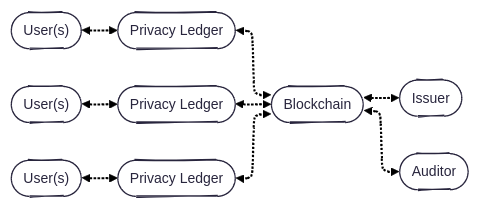
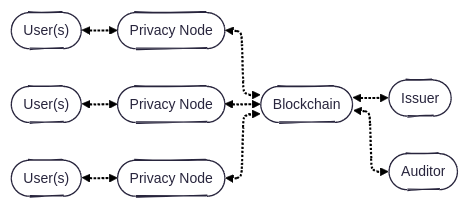
Before and after one commit to raylsnetwork/Enygma: the first of 7 diagrams in enygma_payments/README.md, drawn with Mermaid. The commit also changed other lines of this file, not shown here.

Commit message:
Update README to replace 'Privacy Ledger' with 'Privacy Node'

````diff
--- a/enygma_payments/README.md
+++ b/enygma_payments/README.md
@@ -5,28 +5,28 @@
 ```mermaid
 ---
 config:
   theme: redux
   layout: elk
   look: handDrawn
 ---
 flowchart LR
     UA(["User(s)"])
     UB(["User(s)"])
     UC(["User(s)"])
 
-    PLA(["Privacy Ledger"])
-    PLB(["Privacy Ledger"])
-    PLC(["Privacy Ledger"])
+    PLA(["Privacy Node"])
+    PLB(["Privacy Node"])
+    PLC(["Privacy Node"])
 
     B(["Blockchain"])
     I(["Issuer"])
     A(["Auditor"])
     
 
     PLA & PLB & PLC <-.-> B <-.-> I & A
 
     UA <-.-> PLA
     UB <-.-> PLB
     UC <-.-> PLC
 
 ```
````
